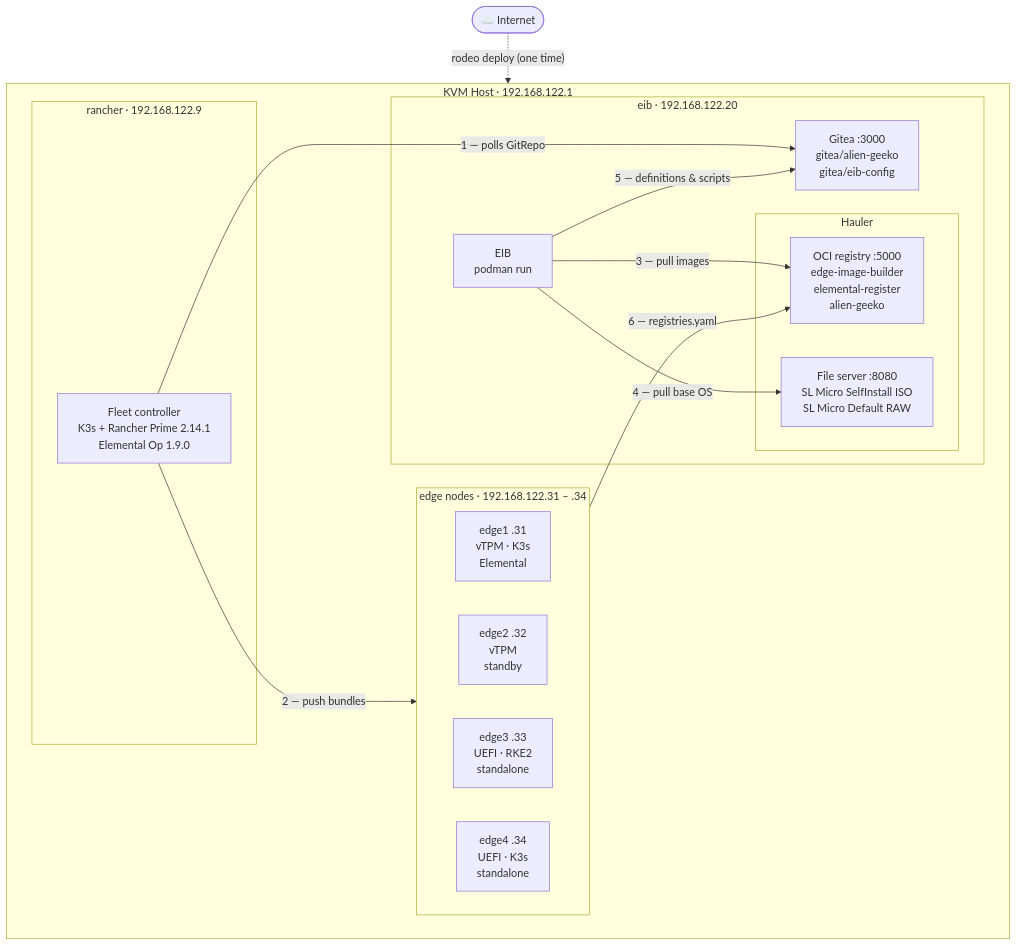
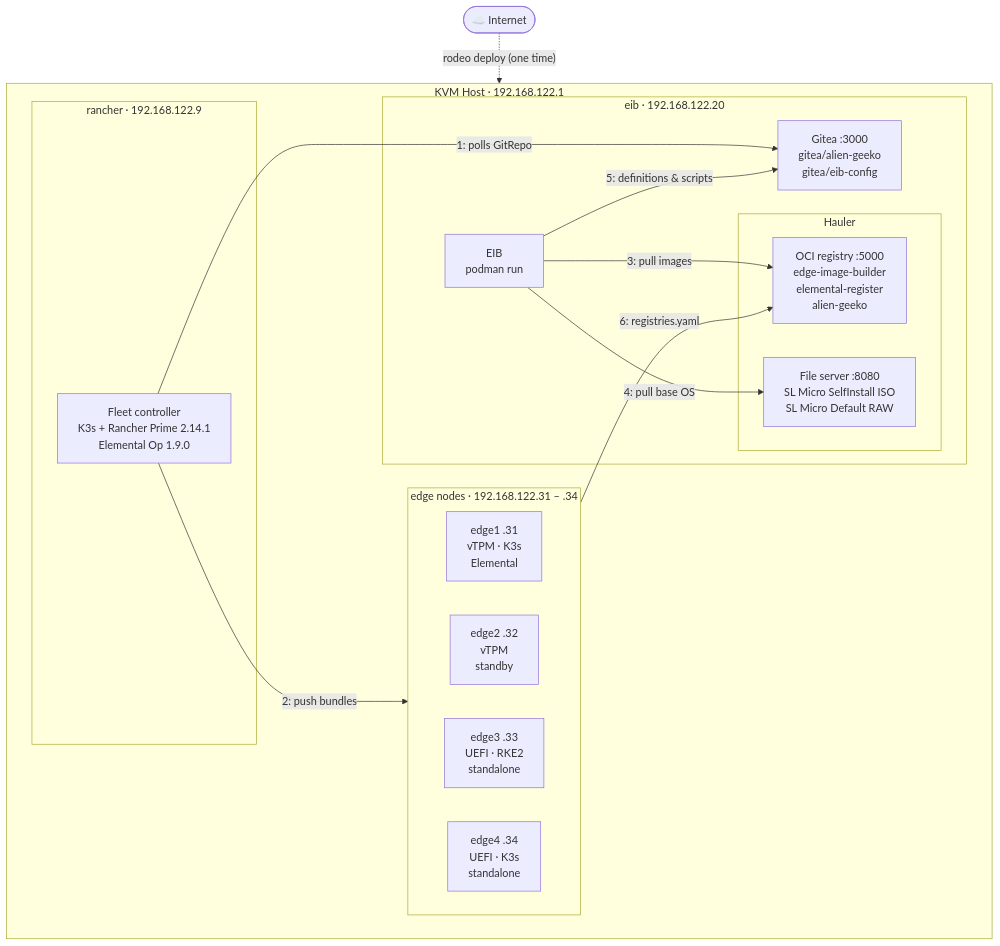
Before and after one commit to avaleror/suse-edge-workshop: the diagram in docs/reference/disconnected-environment.md, drawn with Mermaid. The commit also changed other lines of this file and 17 other files, not shown here.

````diff
--- a/docs/reference/disconnected-environment.md
+++ b/docs/reference/disconnected-environment.md
@@ -20,38 +20,38 @@
 ```mermaid
 flowchart TB
     Internet(["☁️  Internet"])
 
     subgraph HOST["KVM Host  ·  192.168.122.1"]
         subgraph RANCHER["rancher  ·  192.168.122.9"]
             Fleet["Fleet controller\nK3s + Rancher Prime 2.14.1\nElemental Op 1.9.0"]
         end
 
         subgraph EIBVM["eib  ·  192.168.122.20"]
             subgraph HAULER["Hauler"]
                 HaulerOCI["OCI registry  :5000\nedge-image-builder\nelemental-register\nalien-geeko"]
                 HaulerFS["File server  :8080\nSL Micro SelfInstall ISO\nSL Micro Default RAW"]
             end
             Gitea["Gitea  :3000\ngitea/alien-geeko\ngitea/eib-config"]
             EIB["EIB\npodman run"]
         end
 
         subgraph EDGES["edge nodes  ·  192.168.122.31 – .34"]
             direction LR
             E1["edge1  .31\nvTPM · K3s\nElemental"]
             E2["edge2  .32\nvTPM\nstandby"]
             E3["edge3  .33\nUEFI · RKE2\nstandalone"]
             E4["edge4  .34\nUEFI · K3s\nstandalone"]
         end
     end
 
     Internet -. "rodeo deploy (one time)" .-> HOST
 
-    Fleet -->|"1 — polls GitRepo"| Gitea
-    Fleet -->|"2 — push bundles"| EDGES
+    Fleet -->|"1: polls GitRepo"| Gitea
+    Fleet -->|"2: push bundles"| EDGES
 
-    EIB -->|"3 — pull images"| HaulerOCI
-    EIB -->|"4 — pull base OS"| HaulerFS
-    EIB -->|"5 — definitions & scripts"| Gitea
+    EIB -->|"3: pull images"| HaulerOCI
+    EIB -->|"4: pull base OS"| HaulerFS
+    EIB -->|"5: definitions & scripts"| Gitea
 
-    EDGES -->|"6 — registries.yaml"| HaulerOCI
+    EDGES -->|"6: registries.yaml"| HaulerOCI
 ```
````
